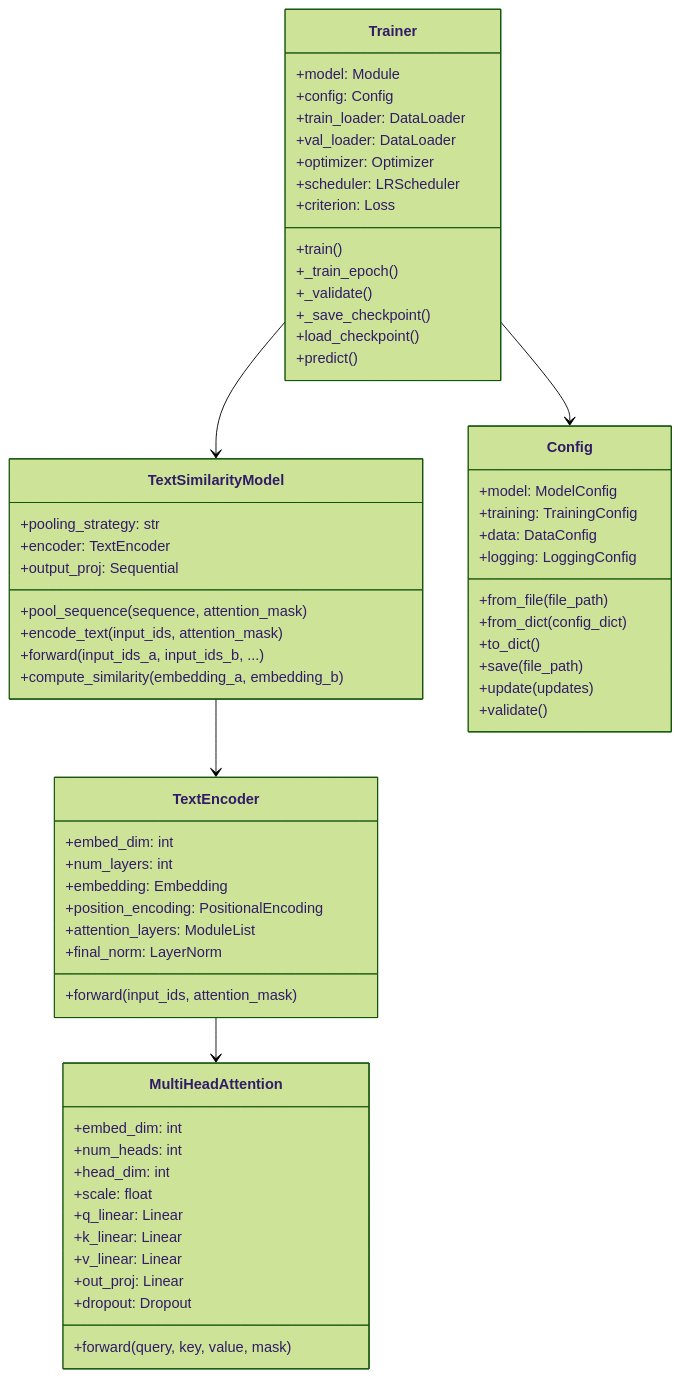
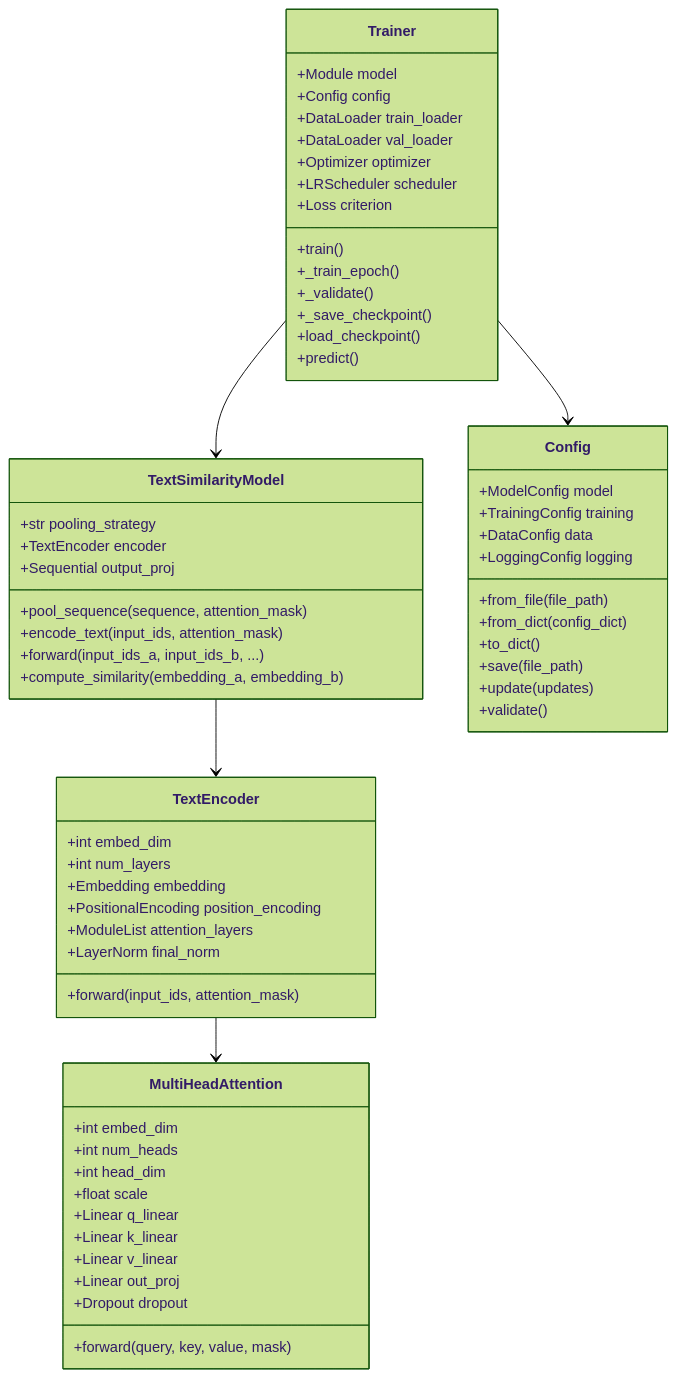
One commit to lizhenping/multi-head-self-attention changed the sixth of 7 diagrams in docs/architecture.md. Above: the diagram before and after it, drawn with Mermaid (forest theme). The commit also changed other lines of this file, not shown here.

````diff
--- a/docs/architecture.md
+++ b/docs/architecture.md
@@ -234,69 +235,69 @@
 ```mermaid
 classDiagram
     class MultiHeadAttention {
-        +embed_dim: int
-        +num_heads: int
-        +head_dim: int
-        +scale: float
-        +q_linear: Linear
-        +k_linear: Linear
-        +v_linear: Linear
-        +out_proj: Linear
-        +dropout: Dropout
+        +int embed_dim
+        +int num_heads
+        +int head_dim
+        +float scale
+        +Linear q_linear
+        +Linear k_linear
+        +Linear v_linear
+        +Linear out_proj
+        +Dropout dropout
         +forward(query, key, value, mask)
     }
     
     class TextEncoder {
-        +embed_dim: int
-        +num_layers: int
-        +embedding: Embedding
-        +position_encoding: PositionalEncoding
-        +attention_layers: ModuleList
-        +final_norm: LayerNorm
+        +int embed_dim
+        +int num_layers
+        +Embedding embedding
+        +PositionalEncoding position_encoding
+        +ModuleList attention_layers
+        +LayerNorm final_norm
         +forward(input_ids, attention_mask)
     }
     
     class TextSimilarityModel {
-        +pooling_strategy: str
-        +encoder: TextEncoder
-        +output_proj: Sequential
+        +str pooling_strategy
+        +TextEncoder encoder
+        +Sequential output_proj
         +pool_sequence(sequence, attention_mask)
         +encode_text(input_ids, attention_mask)
         +forward(input_ids_a, input_ids_b, ...)
         +compute_similarity(embedding_a, embedding_b)
     }
     
     class Trainer {
-        +model: Module
-        +config: Config
-        +train_loader: DataLoader
-        +val_loader: DataLoader
-        +optimizer: Optimizer
-        +scheduler: LRScheduler
-        +criterion: Loss
+        +Module model
+        +Config config
+        +DataLoader train_loader
+        +DataLoader val_loader
+        +Optimizer optimizer
+        +LRScheduler scheduler
+        +Loss criterion
         +train()
         +_train_epoch()
         +_validate()
         +_save_checkpoint()
         +load_checkpoint()
         +predict()
     }
     
     class Config {
-        +model: ModelConfig
-        +training: TrainingConfig
-        +data: DataConfig
-        +logging: LoggingConfig
+        +ModelConfig model
+        +TrainingConfig training
+        +DataConfig data
+        +LoggingConfig logging
         +from_file(file_path)
         +from_dict(config_dict)
         +to_dict()
         +save(file_path)
         +update(updates)
         +validate()
     }
     
     TextSimilarityModel --> TextEncoder
     TextEncoder --> MultiHeadAttention
     Trainer --> TextSimilarityModel
     Trainer --> Config
 ```
````
